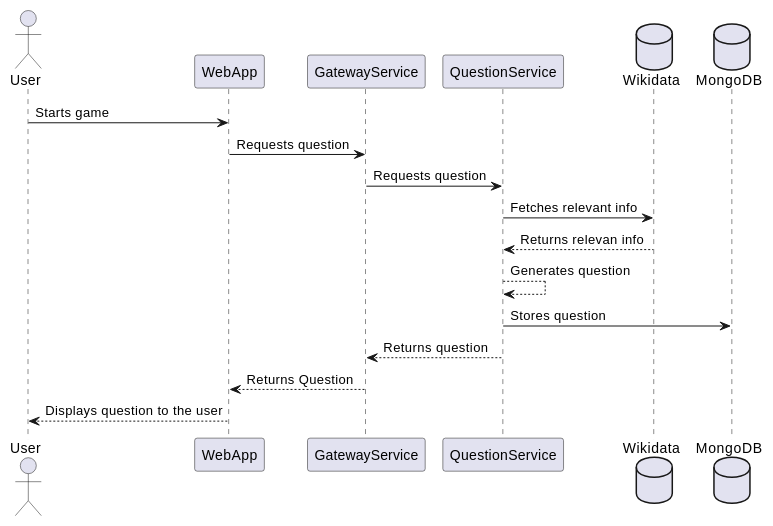
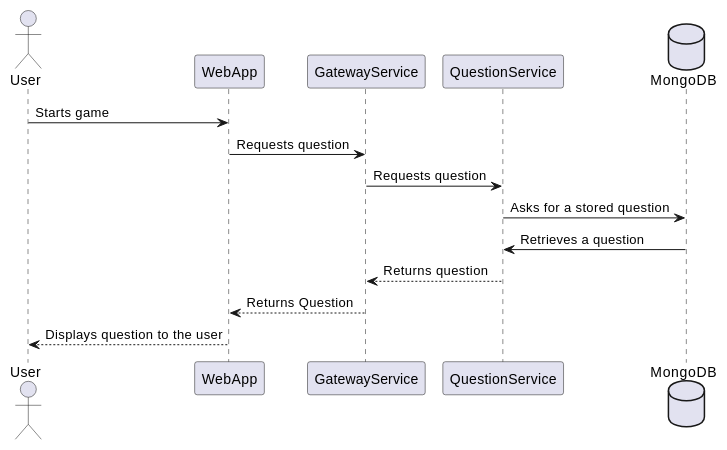
Before and after one commit to Arquisoft/wichat_es4c: the second of 5 diagrams in docs/src/06_runtime_view.adoc, drawn with PlantUML. The commit also changed other lines of this file, not shown here.

```diff
--- a/docs/src/06_runtime_view.adoc
+++ b/docs/src/06_runtime_view.adoc
@@ -69,24 +103,21 @@
-[plantuml, Question Generation Diagram, png]
+[plantuml, Get Questions Diagram, png]
 ----
 @startuml
 
 actor User
 participant WebApp
 participant GatewayService
 participant QuestionService
-database Wikidata
 database MongoDB
 
 User -> WebApp: Starts game
 WebApp -> GatewayService: Requests question
 GatewayService -> QuestionService: Requests question
-QuestionService -> Wikidata: Fetches relevant info
-Wikidata --> QuestionService: Returns relevan info
-QuestionService --> QuestionService: Generates question
-QuestionService -> MongoDB: Stores question
+QuestionService -> MongoDB: Asks for a stored question
+QuestionService <- MongoDB: Retrieves a question
 QuestionService --> GatewayService: Returns question
 GatewayService --> WebApp: Returns Question
 WebApp --> User: Displays question to the user
 
 @enduml
 ----
```
